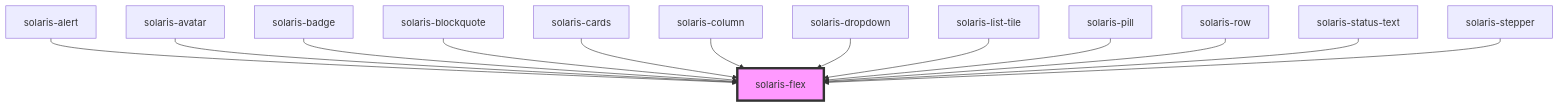
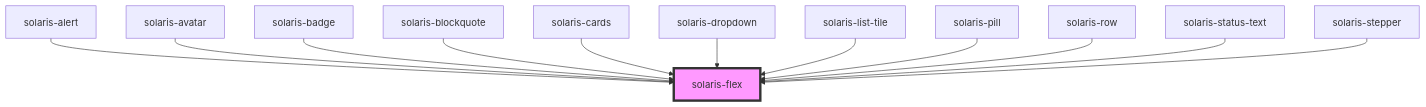
One commit to Lynxgsm/solaris-design-system changed the diagram in packages/solaris-core/src/components/solaris-flex/readme.md. Above: the diagram before and after it, drawn with Mermaid. The commit also changed other lines of this file and 31 other files, not shown here.

````diff
--- a/packages/solaris-core/src/components/solaris-flex/readme.md
+++ b/packages/solaris-core/src/components/solaris-flex/readme.md
@@ -37,16 +36,15 @@
 ```mermaid
 graph TD;
   solaris-alert --> solaris-flex
   solaris-avatar --> solaris-flex
   solaris-badge --> solaris-flex
   solaris-blockquote --> solaris-flex
   solaris-cards --> solaris-flex
-  solaris-column --> solaris-flex
   solaris-dropdown --> solaris-flex
   solaris-list-tile --> solaris-flex
   solaris-pill --> solaris-flex
   solaris-row --> solaris-flex
   solaris-status-text --> solaris-flex
   solaris-stepper --> solaris-flex
   style solaris-flex fill:#f9f,stroke:#333,stroke-width:4px
 ```
````
